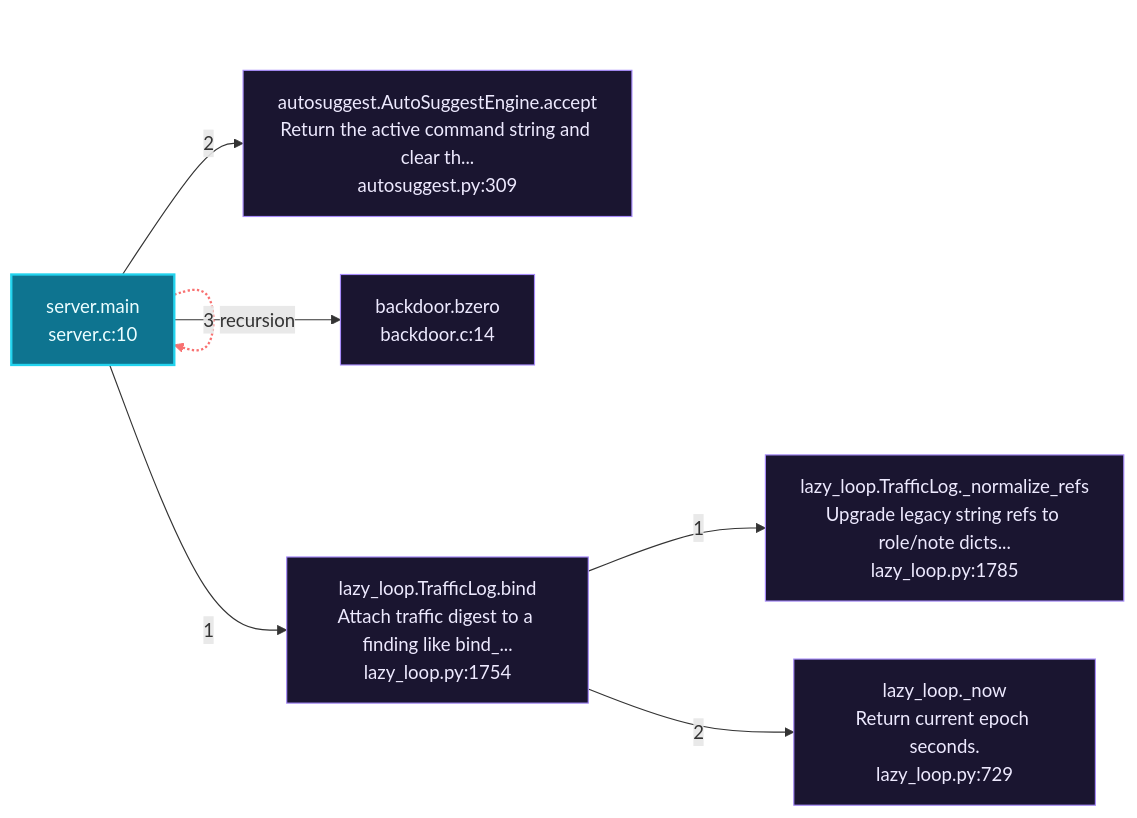
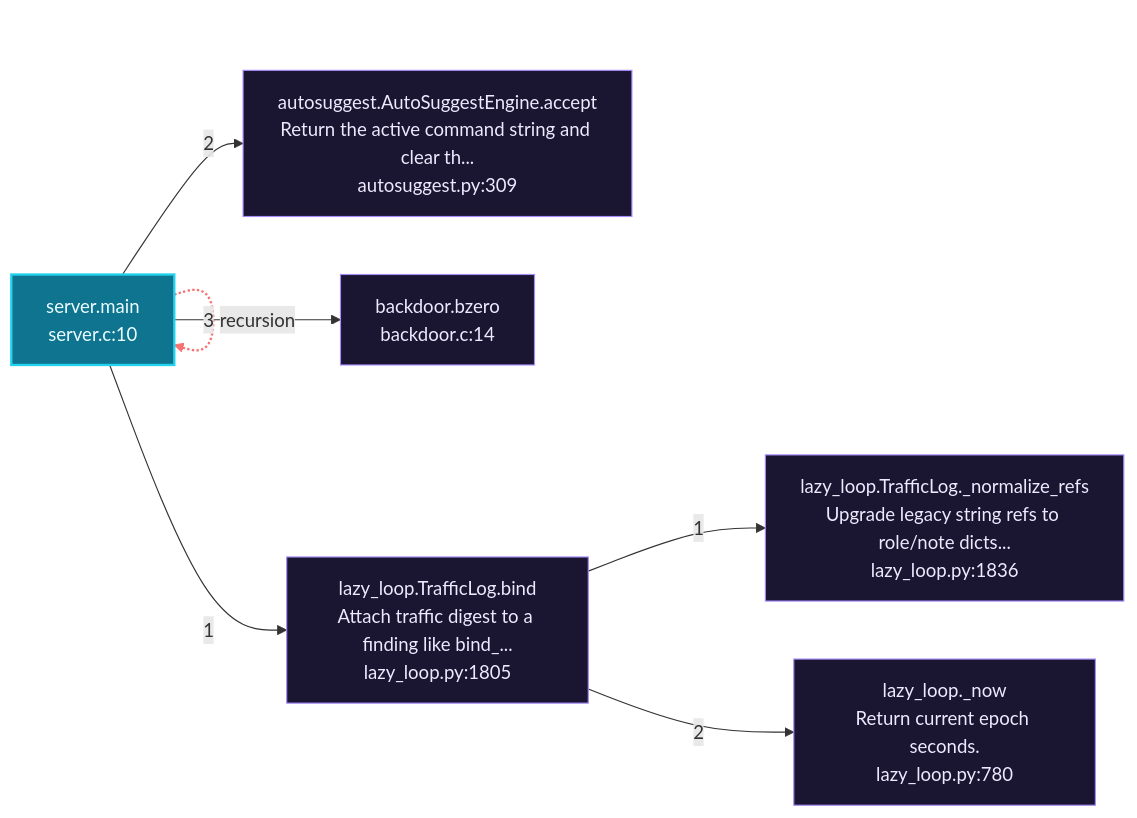
The second of 6 diagrams in readmenator-apidocs/architecture.md (grisuno/LazyOwn), drawn with Mermaid before and after one commit. The commit also changed other lines of this file and 257 other files, not shown here.

Commit message:
lazy_loop from mcp y auto_loop from harness now are one path, improvements in chain ,atch chain runner new selection submodule to adversary chain cred spray playbooks etc. and some new test :P

````diff
--- a/readmenator-apidocs/architecture.md
+++ b/readmenator-apidocs/architecture.md
@@ -174,18 +168,18 @@
 ```mermaid
 flowchart LR
     classDef entry fill:#0e7490,stroke:#22d3ee,color:#ecfeff,stroke-width:2px;
     classDef external fill:#1a1530,stroke:#a78bfa,color:#ede9fe;
     n_modules_backdoor_server_c__main["server.main<br/>server.c:10"]:::entry
-    n_modules_lazy_loop_py__bind["lazy_loop.TrafficLog.bind<br/>Attach traffic digest to a finding like bind_...<br/>lazy_loop.py:1754"]:::external
-    n_modules_lazy_loop_py___normalize_refs["lazy_loop.TrafficLog._normalize_refs<br/>Upgrade legacy string refs to role/note dicts...<br/>lazy_loop.py:1785"]:::external
-    n_modules_lazy_loop_py___now["lazy_loop._now<br/>Return current epoch seconds.<br/>lazy_loop.py:729"]:::external
+    n_modules_lazy_loop_py__bind["lazy_loop.TrafficLog.bind<br/>Attach traffic digest to a finding like bind_...<br/>lazy_loop.py:1805"]:::external
+    n_modules_lazy_loop_py___normalize_refs["lazy_loop.TrafficLog._normalize_refs<br/>Upgrade legacy string refs to role/note dicts...<br/>lazy_loop.py:1836"]:::external
+    n_modules_lazy_loop_py___now["lazy_loop._now<br/>Return current epoch seconds.<br/>lazy_loop.py:780"]:::external
     n_cli_autosuggest_py__accept["autosuggest.AutoSuggestEngine.accept<br/>Return the active command string and clear th...<br/>autosuggest.py:309"]:::external
     n_modules_backdoor_backdoor_c__bzero["backdoor.bzero<br/>backdoor.c:14"]:::external
     n_modules_backdoor_server_c__main -.->|"recursion"| n_modules_backdoor_server_c__main
     n_modules_backdoor_server_c__main -->|"1"| n_modules_lazy_loop_py__bind
     n_modules_lazy_loop_py__bind -->|"1"| n_modules_lazy_loop_py___normalize_refs
     n_modules_lazy_loop_py__bind -->|"2"| n_modules_lazy_loop_py___now
     n_modules_backdoor_server_c__main -->|"2"| n_cli_autosuggest_py__accept
     n_modules_backdoor_server_c__main -->|"3"| n_modules_backdoor_backdoor_c__bzero
     linkStyle 0 stroke:#f87171,stroke-width:2px;
 ```
````
